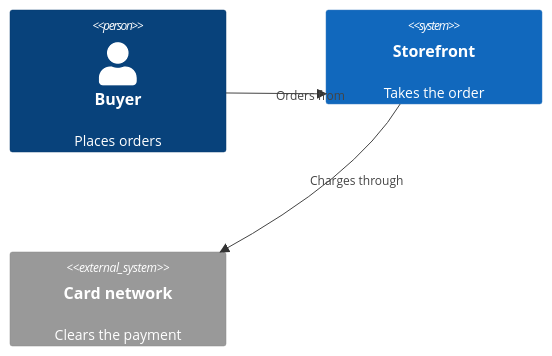
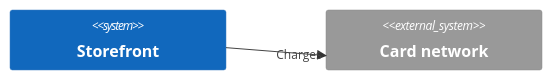
Before and after one commit to Laticent/lattice: the fifth of 5 diagrams in examples/mermaid-11-17.md, drawn with Mermaid. The commit also changed other lines of this file and 4 other files, not shown here.

First line of the commit message:
fix(mermaid): C4 relationship labels sit on their line's midpoint, and the demo deck reads at size

````diff
--- a/examples/mermaid-11-17.md
+++ b/examples/mermaid-11-17.md
@@ -79,8 +75,6 @@
 ```mermaid
 C4Context
-  Person(buyer, "Buyer", "Places orders")
-  System(shop, "Storefront", "Takes the order")
-  System_Ext(bank, "Card network", "Clears the payment")
-  Rel(buyer, shop, "Orders from")
-  Rel(shop, bank, "Charges through")
+  System(shop, "Storefront")
+  System_Ext(bank, "Card network")
+  Rel(shop, bank, "Charges")
 ```
````
